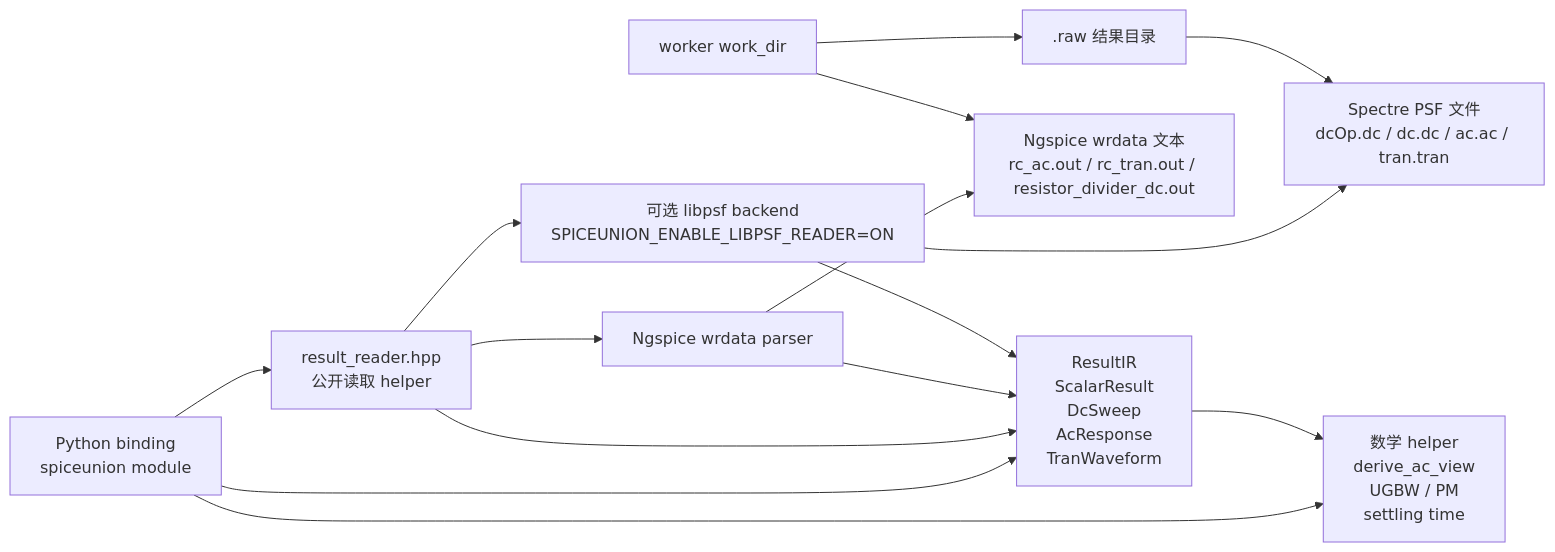
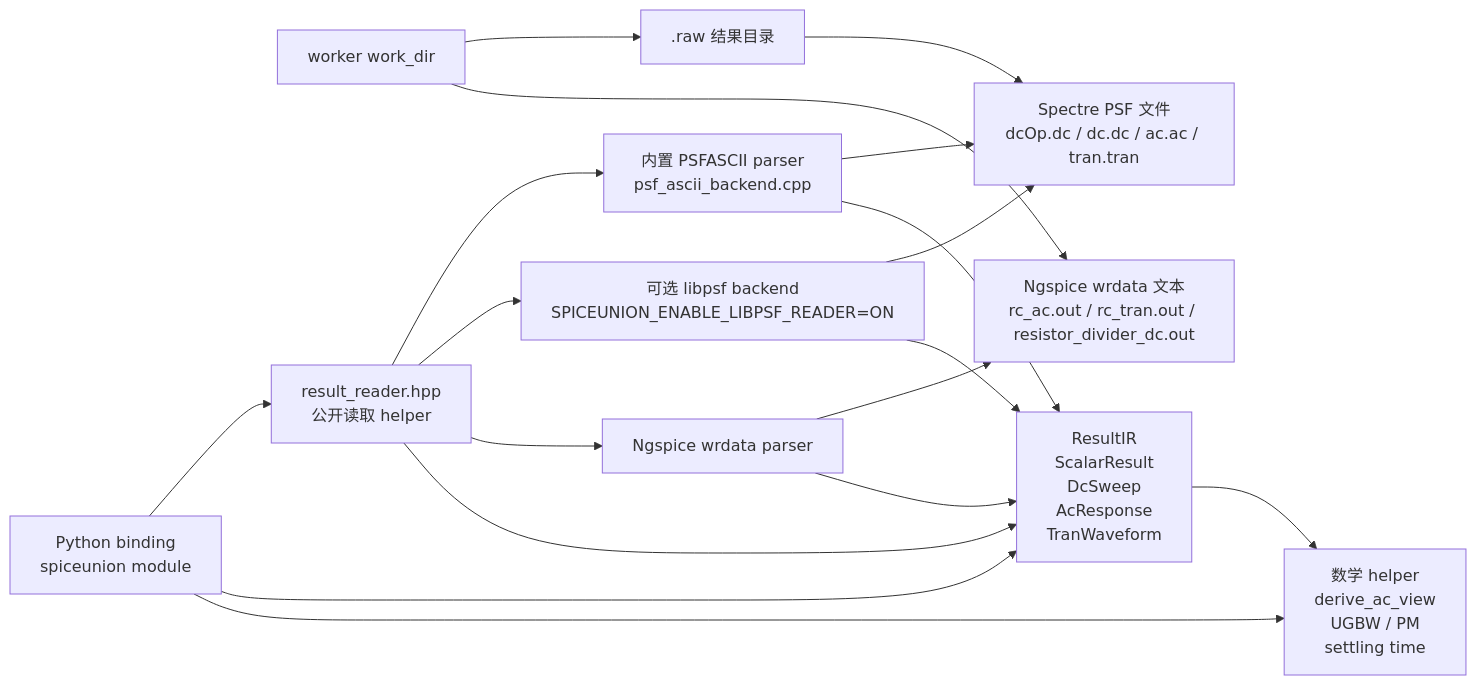
Before and after one commit to Snappersontheprowl/SPICEUnion: the third of 6 diagrams in doc/develop_doc/架构总览.md, drawn with Mermaid. The commit also changed other lines of this file and 16 other files, not shown here.

First line of the commit message:
新增内置 PSFASCII parser：双格式解析（Spectre）

````diff
--- a/doc/develop_doc/架构总览.md
+++ b/doc/develop_doc/架构总览.md
@@ -164,32 +164,36 @@
 ```mermaid
 flowchart LR
     WorkDir["worker work_dir"]
     RawDir[".raw 结果目录"]
     PsfFiles["Spectre PSF 文件<br/>dcOp.dc / dc.dc / ac.ac / tran.tran"]
     NgspiceOut["Ngspice wrdata 文本<br/>rc_ac.out / rc_tran.out / resistor_divider_dc.out"]
 
     Reader["result_reader.hpp<br/>公开读取 helper"]
+    AsciiParser["内置 PSFASCII parser<br/>psf_ascii_backend.cpp"]
     Libpsf["可选 libpsf backend<br/>SPICEUNION_ENABLE_LIBPSF_READER=ON"]
     TextParser["Ngspice wrdata parser"]
     ResultIR["ResultIR<br/>ScalarResult<br/>DcSweep<br/>AcResponse<br/>TranWaveform"]
     Math["数学 helper<br/>derive_ac_view<br/>UGBW / PM<br/>settling time"]
     Py["Python binding<br/>spiceunion module"]
 
     WorkDir --> RawDir
     RawDir --> PsfFiles
     WorkDir --> NgspiceOut
 
+    Reader --> AsciiParser
     Reader --> Libpsf
     Reader --> TextParser
 
+    AsciiParser --> PsfFiles
     Libpsf --> PsfFiles
     TextParser --> NgspiceOut
 
+    AsciiParser --> ResultIR
     Libpsf --> ResultIR
     TextParser --> ResultIR
     ResultIR --> Math
     Reader --> ResultIR
     Py --> Reader
     Py --> ResultIR
     Py --> Math
 ```
````
